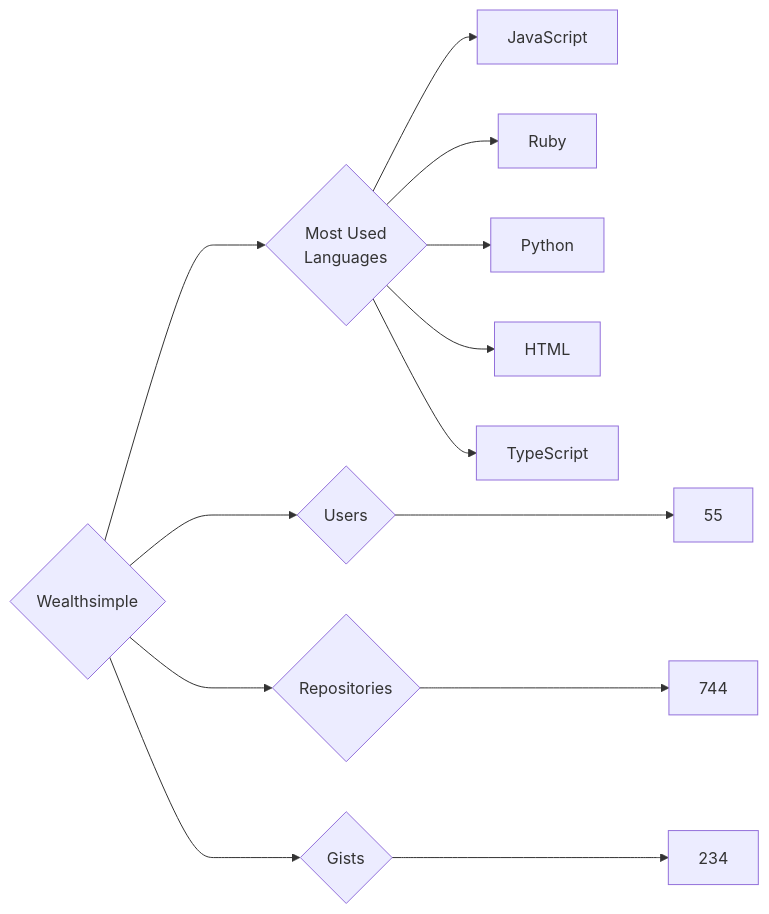
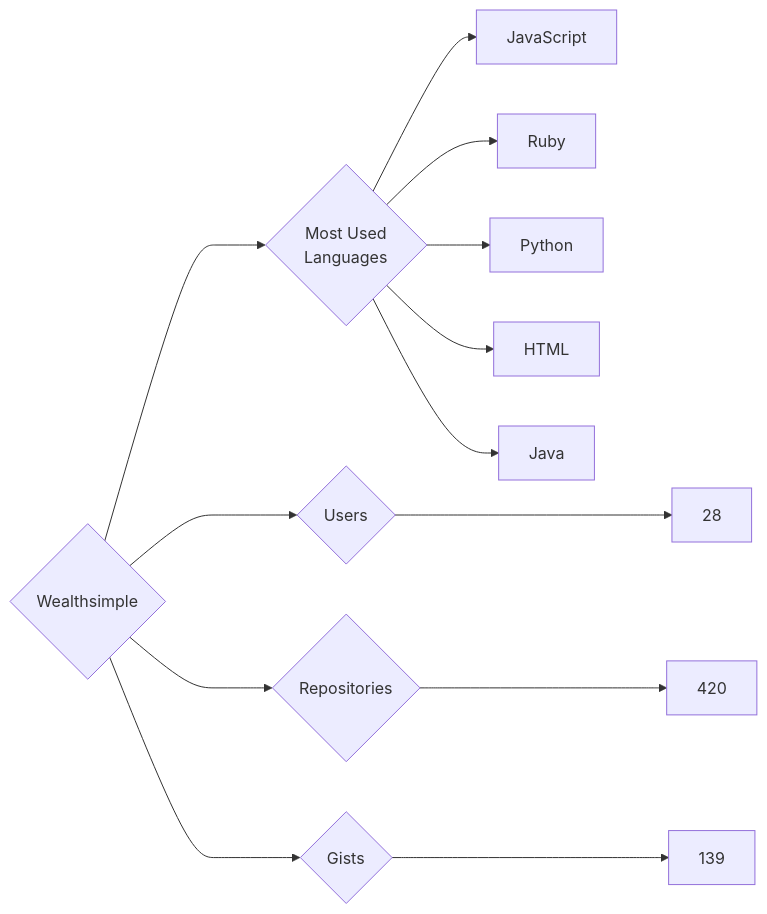
One commit to trickest/insiders changed the diagram in targets/Wealthsimple/README.md. Above: the diagram before and after it, drawn with Mermaid. The commit also changed 976 other files, not shown here.

````diff
--- a/targets/Wealthsimple/README.md
+++ b/targets/Wealthsimple/README.md
@@ -3,13 +3,13 @@
 ```mermaid
 graph LR
 COMPANY_NAME{Wealthsimple}
-COMPANY_NAME ---> U{Users} ---> UN[55]
-COMPANY_NAME ---> R{Repositories} ---> RN[744]
-COMPANY_NAME ---> G{Gists} ---> GN[234]
+COMPANY_NAME ---> U{Users} ---> UN[28]
+COMPANY_NAME ---> R{Repositories} ---> RN[420]
+COMPANY_NAME ---> G{Gists} ---> GN[139]
 COMPANY_NAME ---> ML{Most Used<br>Languages}
 ML --> JavaScript[JavaScript]
 ML --> Ruby[Ruby]
 ML --> Python[Python]
 ML --> HTML[HTML]
-ML --> TypeScript[TypeScript]
+ML --> Java[Java]
 ```
````
